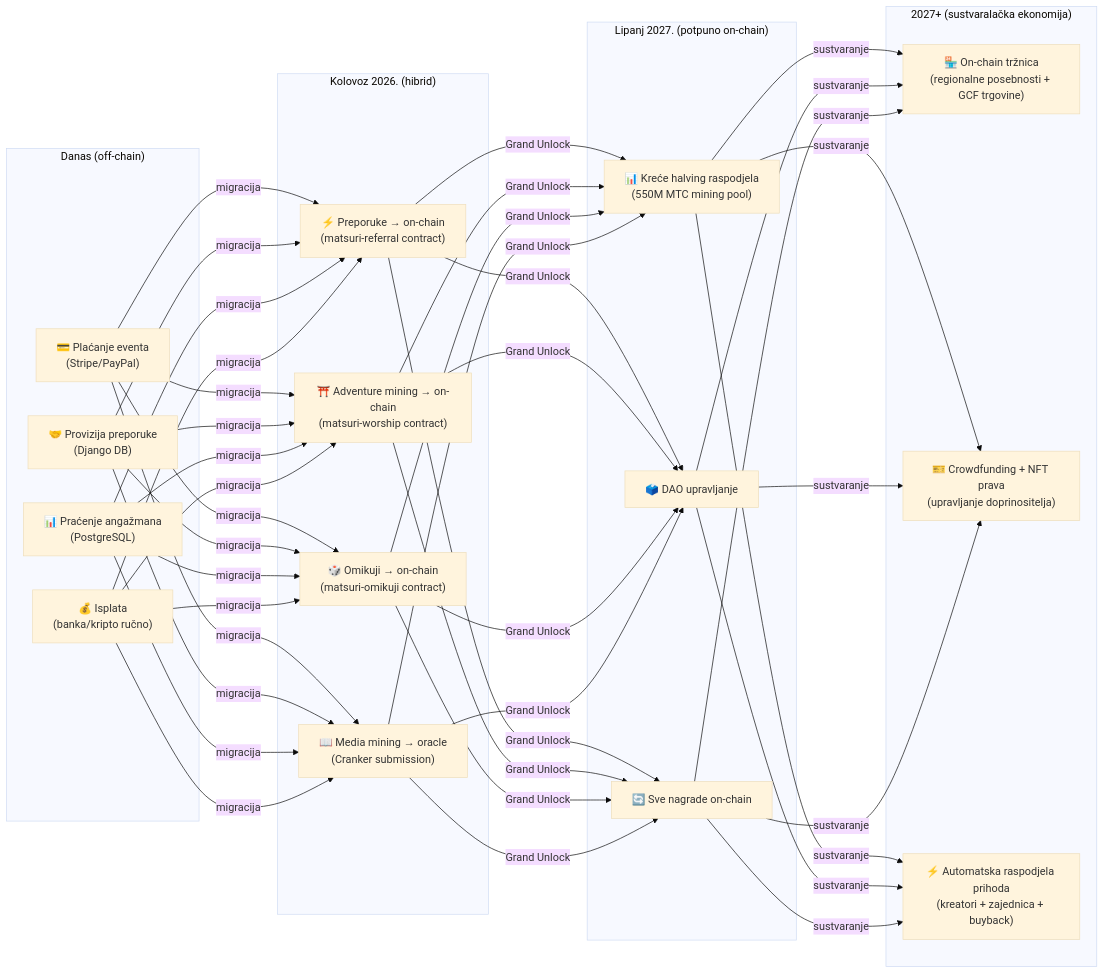
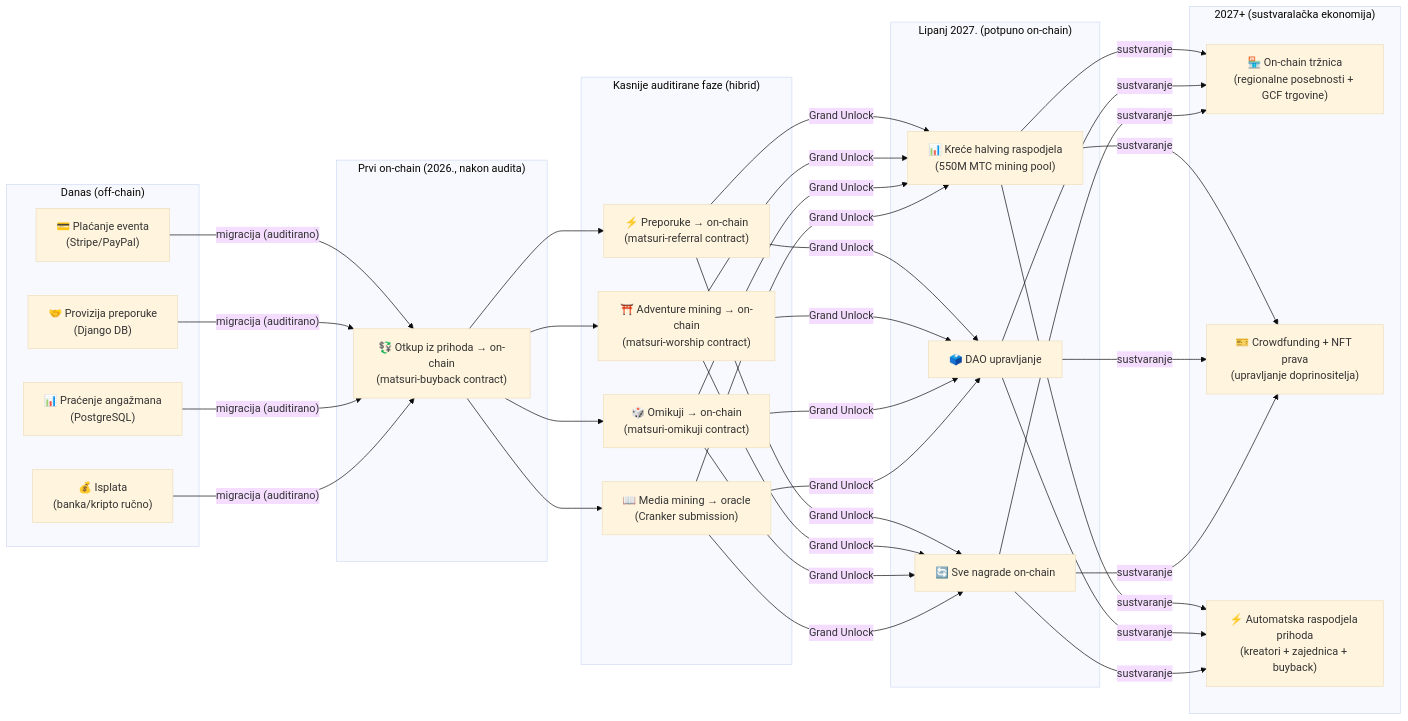
One commit to Cootakahashi/matsuri-dao-whitepaper changed the fourth of 4 diagrams in i18n/hr/docusaurus-plugin-content-docs/current/04-mining.md. Above: the diagram before and after it, drawn with Mermaid (base theme). The commit also changed other lines of this file and 79 other files, not shown here.

First line of the commit message:
docs: re-sequence on-chain roadmap to match the staged Hashlock audit (20 locales)

````diff
--- a/i18n/hr/docusaurus-plugin-content-docs/current/04-mining.md
+++ b/i18n/hr/docusaurus-plugin-content-docs/current/04-mining.md
@@ -334,28 +344,32 @@
 ```mermaid
 graph LR
     subgraph "Danas (off-chain)"
         O1["💳 Plaćanje eventa\n(Stripe/PayPal)"]
         O2["🤝 Provizija preporuke\n(Django DB)"]
         O3["📊 Praćenje angažmana\n(PostgreSQL)"]
         O4["💰 Isplata\n(banka/kripto ručno)"]
     end
-    subgraph "Kolovoz 2026. (hibrid)"
+    subgraph "Prvi on-chain (2026., nakon audita)"
+        H0["💱 Otkup iz prihoda → on-chain\n(matsuri-buyback contract)"]
+    end
+    subgraph "Kasnije auditirane faze (hibrid)"
         H1["⚡ Preporuke → on-chain\n(matsuri-referral contract)"]
         H2["⛩️ Adventure mining → on-chain\n(matsuri-worship contract)"]
         H3["🎲 Omikuji → on-chain\n(matsuri-omikuji contract)"]
         H4["📖 Media mining → oracle\n(Cranker submission)"]
     end
     subgraph "Lipanj 2027. (potpuno on-chain)"
         F1["📊 Kreće halving raspodjela\n(550M MTC mining pool)"]
         F2["🗳️ DAO upravljanje"]
         F3["🔄 Sve nagrade on-chain"]
     end
     subgraph "2027+ (sustvaralačka ekonomija)"
         G1["🏪 On-chain tržnica\n(regionalne posebnosti + GCF trgovine)"]
         G2["🎫 Crowdfunding + NFT prava\n(upravljanje doprinositelja)"]
         G3["⚡ Automatska raspodjela prihoda\n(kreatori + zajednica + buyback)"]
     end
-    O1 & O2 & O3 & O4 -->|"migracija"| H1 & H2 & H3 & H4
+    O1 & O2 & O3 & O4 -->|"migracija (auditirano)"| H0
+    H0 --> H1 & H2 & H3 & H4
     H1 & H2 & H3 & H4 -->|"Grand Unlock"| F1 & F2 & F3
     F1 & F2 & F3 -->|"sustvaranje"| G1 & G2 & G3
 ```
````
